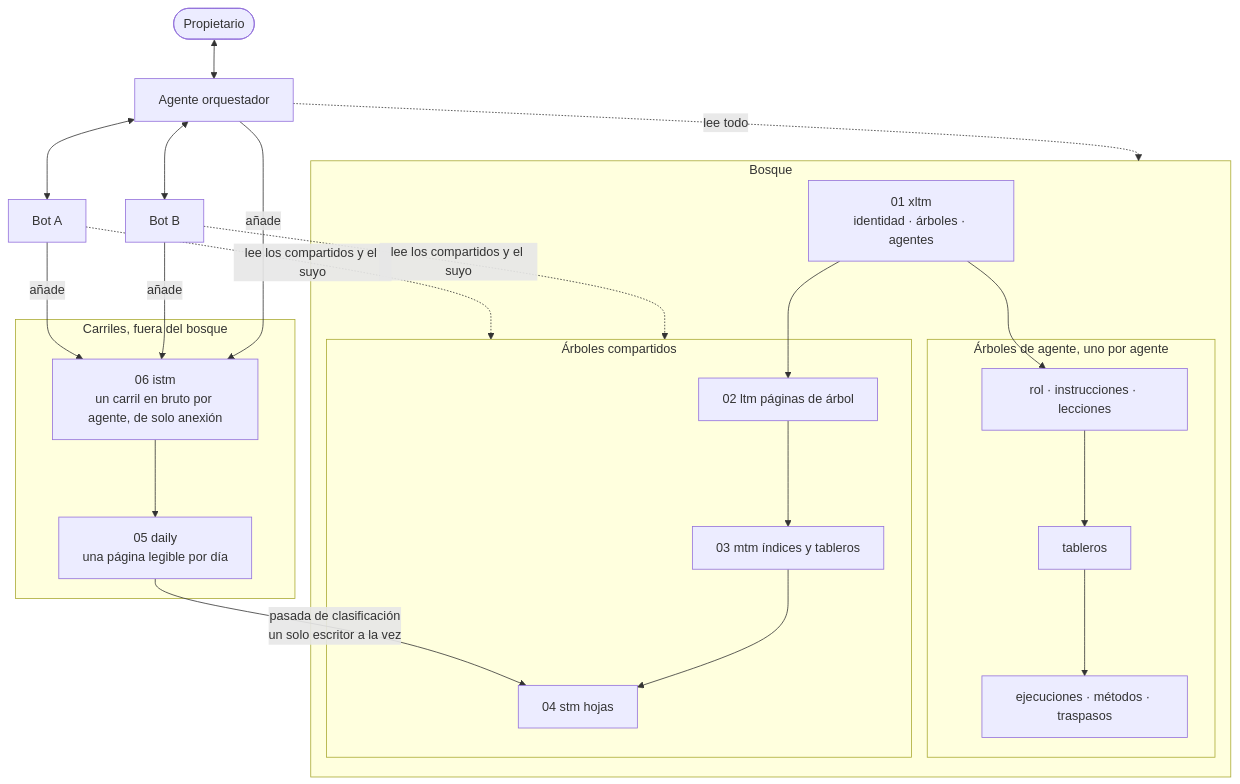
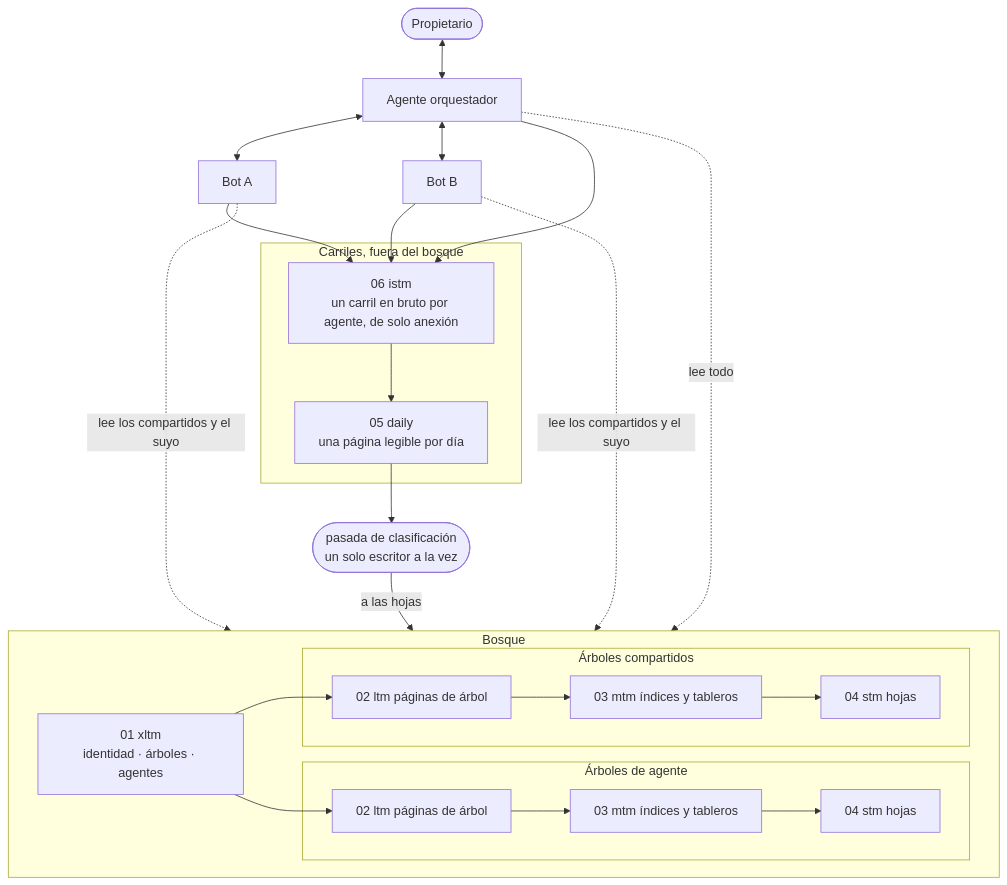
The first of 2 diagrams in README.es.md (agent-memory-atlas-archive/hyungchulc--agent-memory-forest), drawn with Mermaid before and after one commit. The commit also changed other lines of this file and 11 other files, not shown here.

````diff
--- a/README.es.md
+++ b/README.es.md
@@ -168,34 +168,35 @@
 ```mermaid
 flowchart TB
     owner(["Propietario"]) <--> hub["Agente orquestador"]
     hub <--> botA["Bot A"]
     hub <--> botB["Bot B"]
 
     subgraph lanes ["Carriles, fuera del bosque"]
         istm["06 istm<br/>un carril en bruto por agente, de solo anexión"]
         daily["05 daily<br/>una página legible por día"]
         istm --> daily
     end
 
-    hub -- "añade" --> istm
-    botA -- "añade" --> istm
-    botB -- "añade" --> istm
+    hub --> istm
+    botA --> istm
+    botB --> istm
 
-    daily -- "pasada de clasificación<br/>un solo escritor a la vez" --> stm
+    daily --> filing(["pasada de clasificación<br/>un solo escritor a la vez"])
+    filing -- "a las hojas" --> forest
 
     subgraph forest ["Bosque"]
         xltm["01 xltm<br/>identidad · árboles · agentes"]
+        subgraph own ["Árboles de agente"]
+            altm["02 ltm páginas de árbol"] --> amtm["03 mtm índices y tableros"] --> astm["04 stm hojas"]
+        end
         subgraph shared ["Árboles compartidos"]
             ltm["02 ltm páginas de árbol"] --> mtm["03 mtm índices y tableros"] --> stm["04 stm hojas"]
-        end
-        subgraph own ["Árboles de agente, uno por agente"]
-            altm["rol · instrucciones · lecciones"] --> amtm["tableros"] --> astm["ejecuciones · métodos · traspasos"]
         end
         xltm --> ltm
         xltm --> altm
     end
 
     hub -. "lee todo" .-> forest
-    botA -. "lee los compartidos y el suyo" .-> shared
-    botB -. "lee los compartidos y el suyo" .-> shared
+    botA -. "lee los compartidos y el suyo" .-> forest
+    botB -. "lee los compartidos y el suyo" .-> forest
 ```
````
